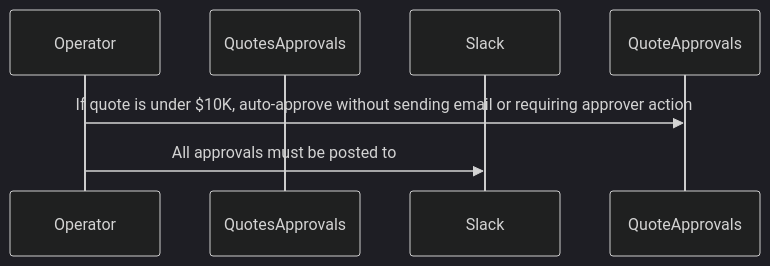
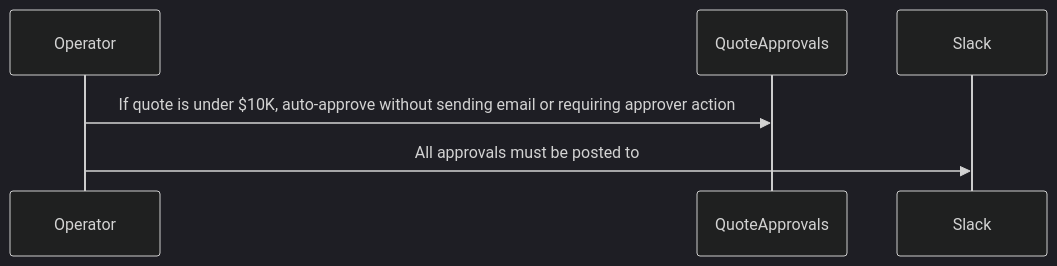
The third of 10 diagrams in examples/deal-desk-manage-hubspot-quote-approvals-slack.md (asafam/live-nl-programming), drawn with Mermaid (dark theme) before and after one commit.

````diff
--- a/examples/deal-desk-manage-hubspot-quote-approvals-slack.md
+++ b/examples/deal-desk-manage-hubspot-quote-approvals-slack.md
@@ -86,9 +86,9 @@
 ```mermaid
 sequenceDiagram
   participant Operator
-  participant QuotesApprovals
+  participant QuoteApprovals
   participant Slack
 
   Operator->>QuoteApprovals: If quote is under $10K, auto-approve without sending email or requiring approver action
   Operator->>Slack: All approvals must be posted to #quote-approvals with approver name
 ```
````
